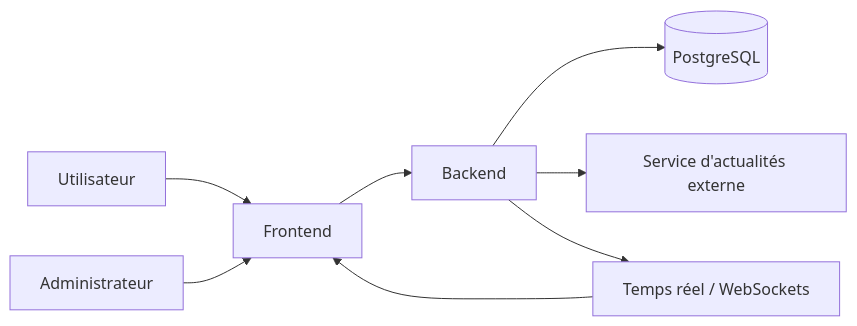
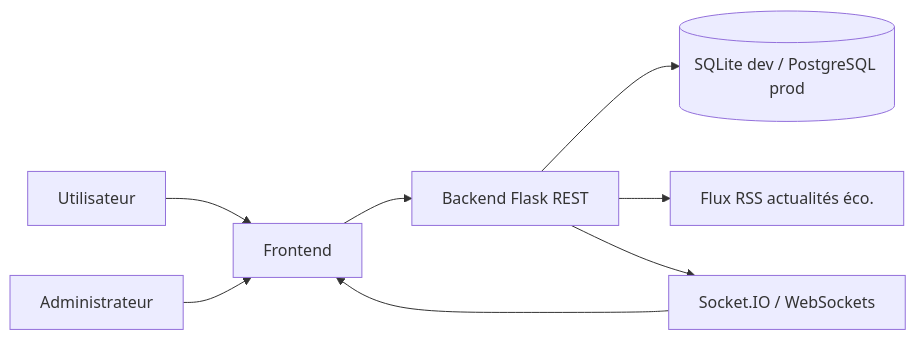
One commit to tomvieilledent/portfolio-MDE_dashboard changed the first of 5 diagrams in docs/stage3final.md. Above: the diagram before and after it, drawn with Mermaid. The commit also changed other lines of this file and 1 other file, not shown here.

````diff
--- a/docs/stage3final.md
+++ b/docs/stage3final.md
@@ -40,10 +40,10 @@
 ```mermaid
 flowchart LR
 	U[Utilisateur] --> F[Frontend]
 	A[Administrateur] --> F
-	F --> B[Backend]
-	B --> D[(PostgreSQL)]
-	B --> N[Service d'actualités externe]
-	B --> R[Temps réel / WebSockets]
+	F --> B[Backend Flask REST]
+	B --> D[(SQLite dev / PostgreSQL prod)]
+	B --> N[Flux RSS actualités éco.]
+	B --> R[Socket.IO / WebSockets]
 	R --> F
 ```
````
